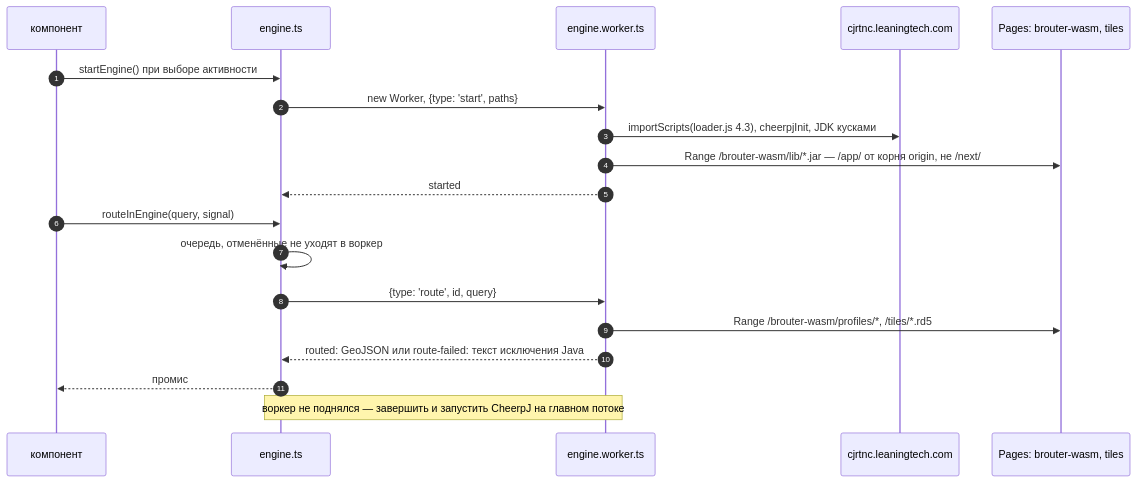
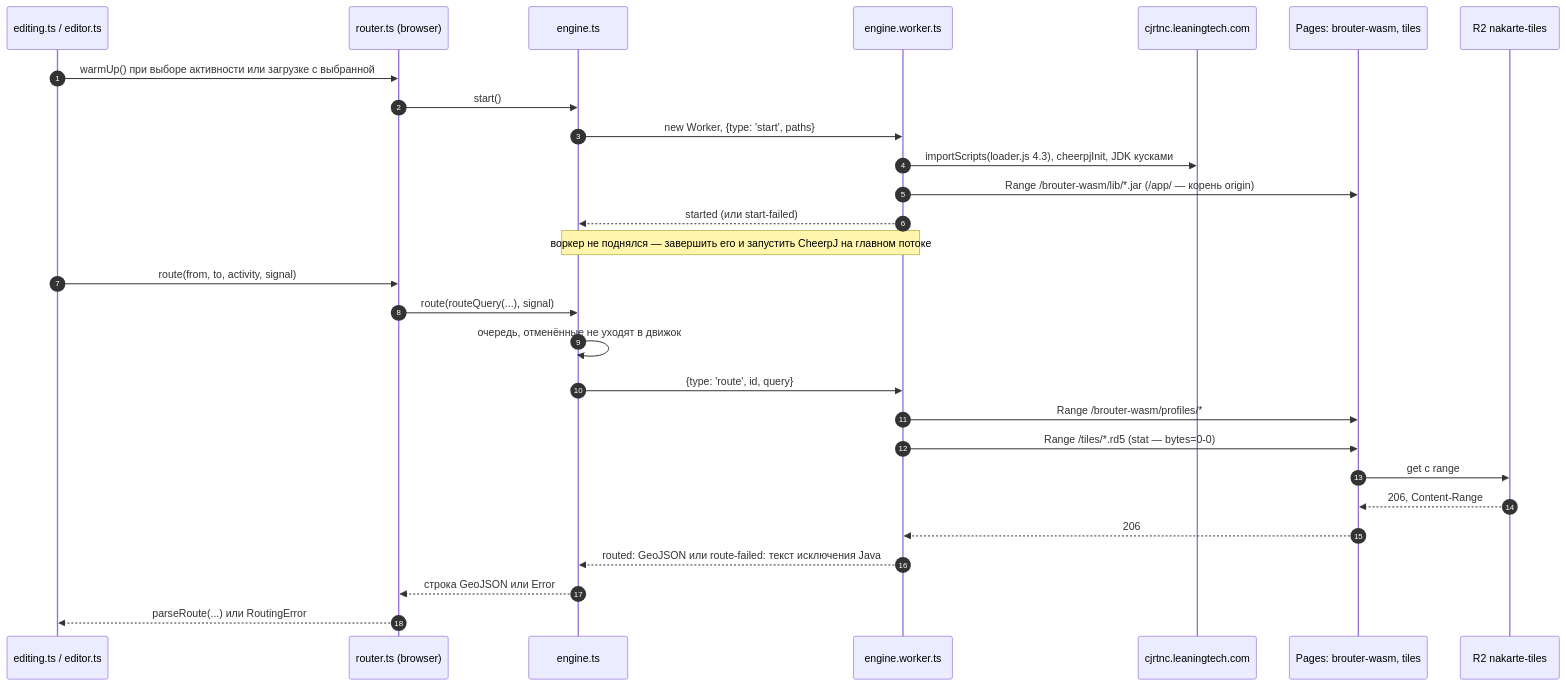
Before and after one commit to sergeycw/nakarte: the second of 2 diagrams in docs/architecture/routing.md, drawn with Mermaid. The commit also changed other lines of this file and 17 other files, not shown here.

````diff
--- a/docs/architecture/routing.md
+++ b/docs/architecture/routing.md
@@ -94,22 +49,31 @@
 ```mermaid
 sequenceDiagram
     autonumber
-    participant UI as компонент
+    participant ED as editing.ts / editor.ts
+    participant RT as router.ts (browser)
     participant EN as engine.ts
     participant WK as engine.worker.ts
     participant CDN as cjrtnc.leaningtech.com
     participant PG as Pages: brouter-wasm, tiles
+    participant R2 as R2 nakarte-tiles
 
-    UI->>EN: startEngine() при выборе активности
+    ED->>RT: warmUp() при выборе активности или загрузке с выбранной
+    RT->>EN: start()
     EN->>WK: new Worker, {type: 'start', paths}
     WK->>CDN: importScripts(loader.js 4.3), cheerpjInit, JDK кусками
-    WK->>PG: Range /brouter-wasm/lib/*.jar — /app/ от корня origin, не /next/
-    WK-->>EN: started
-    UI->>EN: routeInEngine(query, signal)
-    EN->>EN: очередь, отменённые не уходят в воркер
+    WK->>PG: Range /brouter-wasm/lib/*.jar (/app/ — корень origin)
+    WK-->>EN: started (или start-failed)
+    Note over EN,WK: воркер не поднялся — завершить его и запустить CheerpJ на главном потоке
+    ED->>RT: route(from, to, activity, signal)
+    RT->>EN: route(routeQuery(...), signal)
+    EN->>EN: очередь, отменённые не уходят в движок
     EN->>WK: {type: 'route', id, query}
-    WK->>PG: Range /brouter-wasm/profiles/*, /tiles/*.rd5
+    WK->>PG: Range /brouter-wasm/profiles/*
+    WK->>PG: Range /tiles/*.rd5 (stat — bytes=0-0)
+    PG->>R2: get с range
+    R2-->>PG: 206, Content-Range
+    PG-->>WK: 206
     WK-->>EN: routed: GeoJSON или route-failed: текст исключения Java
-    EN-->>UI: промис
-    Note over EN,WK: воркер не поднялся — завершить и запустить CheerpJ на главном потоке
+    EN-->>RT: строка GeoJSON или Error
+    RT-->>ED: parseRoute(...) или RoutingError
 ```
````
